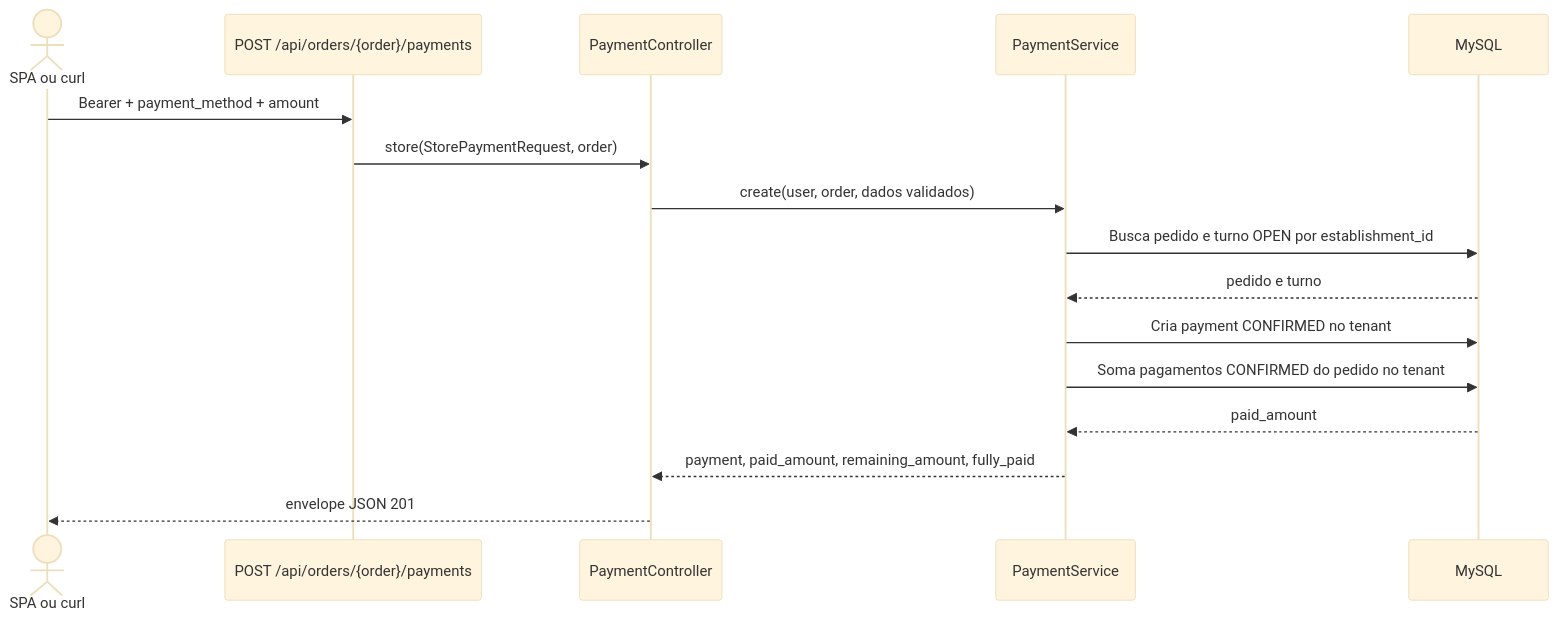
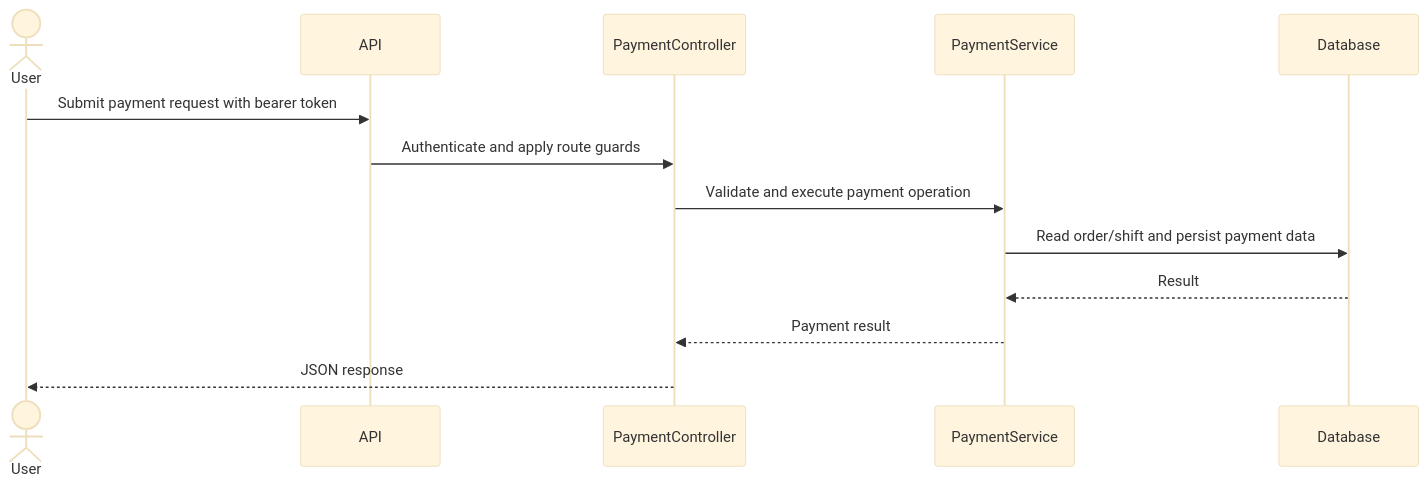
Before and after one commit to mitaloammon/simplyfood_: the diagram in docs/specs/diagrams/payments.md, drawn with Mermaid (base theme). The commit also changed other lines of this file and 71 other files, not shown here.

Commit message:
docs: consolidate SimplyCore architecture documentation

````diff
--- a/docs/specs/diagrams/payments.md
+++ b/docs/specs/diagrams/payments.md
@@ -17,18 +5,15 @@
 ```mermaid
 sequenceDiagram
-    actor A as SPA ou curl
-    participant R as POST /api/orders/{order}/payments
-    participant C as PaymentController
-    participant S as PaymentService
-    participant DB as MySQL
-    A->>R: Bearer + payment_method + amount
-    R->>C: store(StorePaymentRequest, order)
-    C->>S: create(user, order, dados validados)
-    S->>DB: Busca pedido e turno OPEN por establishment_id
-    DB-->>S: pedido e turno
-    S->>DB: Cria payment CONFIRMED no tenant
-    S->>DB: Soma pagamentos CONFIRMED do pedido no tenant
-    DB-->>S: paid_amount
-    S-->>C: payment, paid_amount, remaining_amount, fully_paid
-    C-->>A: envelope JSON 201
+    actor User
+    participant API
+    participant Controller as PaymentController
+    participant Service as PaymentService
+    participant DB as Database
+    User->>API: Submit payment request with bearer token
+    API->>Controller: Authenticate and apply route guards
+    Controller->>Service: Validate and execute payment operation
+    Service->>DB: Read order/shift and persist payment data
+    DB-->>Service: Result
+    Service-->>Controller: Payment result
+    Controller-->>User: JSON response
 ```
````
